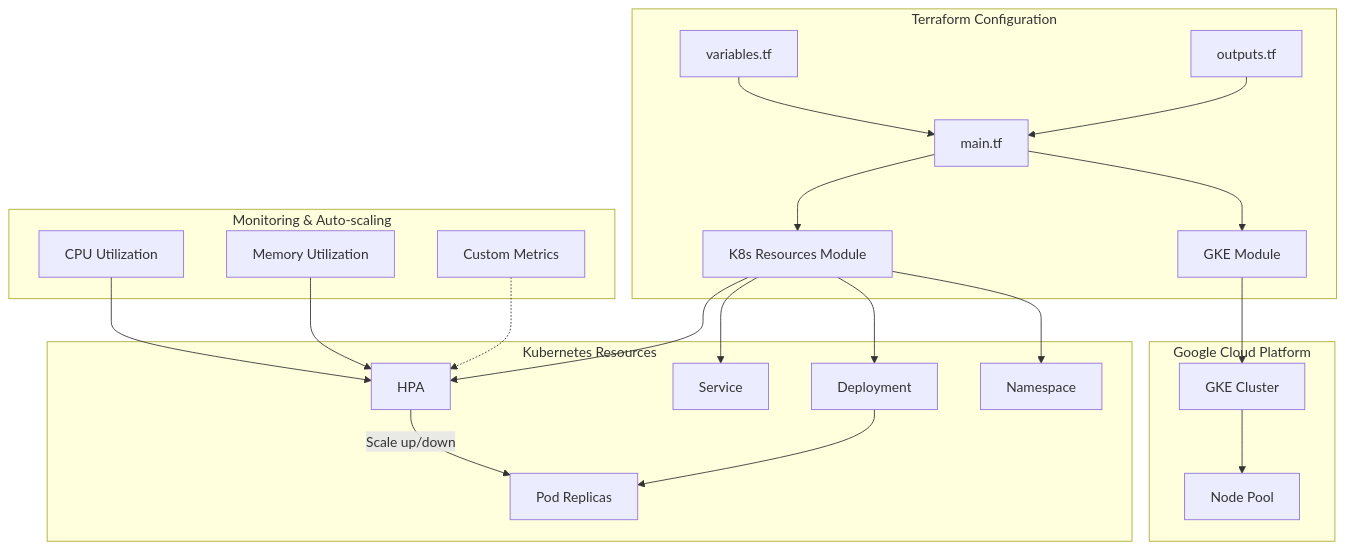
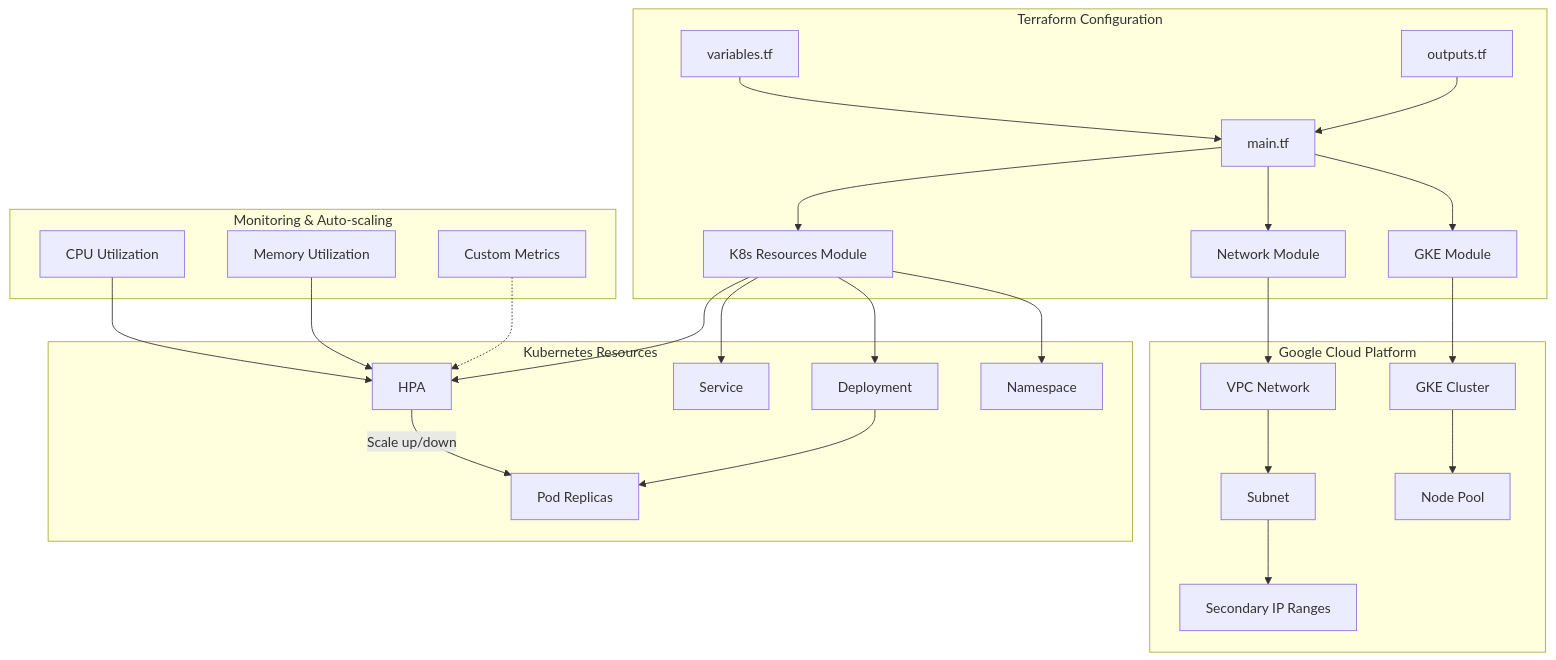
The diagram in tf-gcp-hpa/README_EN.md (PatHoo/HKC), drawn with Mermaid before and after one commit. The commit also changed other lines of this file and 7 other files, not shown here.

````diff
--- a/tf-gcp-hpa/README_EN.md
+++ b/tf-gcp-hpa/README_EN.md
@@ -7,29 +9,33 @@
 ```mermaid
 graph TD
     subgraph "Terraform Configuration"
         A[main.tf] --> B[GKE Module]
+        A --> P[Network Module]
         A --> C[K8s Resources Module]
         D[variables.tf] --> A
         E[outputs.tf] --> A
     end
     
     subgraph "Google Cloud Platform"
+        P --> Q[VPC Network]
+        Q --> R[Subnet]
+        R --> S[Secondary IP Ranges]
         B --> F[GKE Cluster]
         F --> G[Node Pool]
     end
     
     subgraph "Kubernetes Resources"
         C --> H[Namespace]
         C --> I[Deployment]
         C --> J[Service]
         C --> K[HPA]
         I --> L[Pod Replicas]
         K -- "Scale up/down" --> L
     end
     
     subgraph "Monitoring & Auto-scaling"
         M[CPU Utilization] --> K
         N[Memory Utilization] --> K
         O[Custom Metrics] -.-> K
     end
 ```
````
